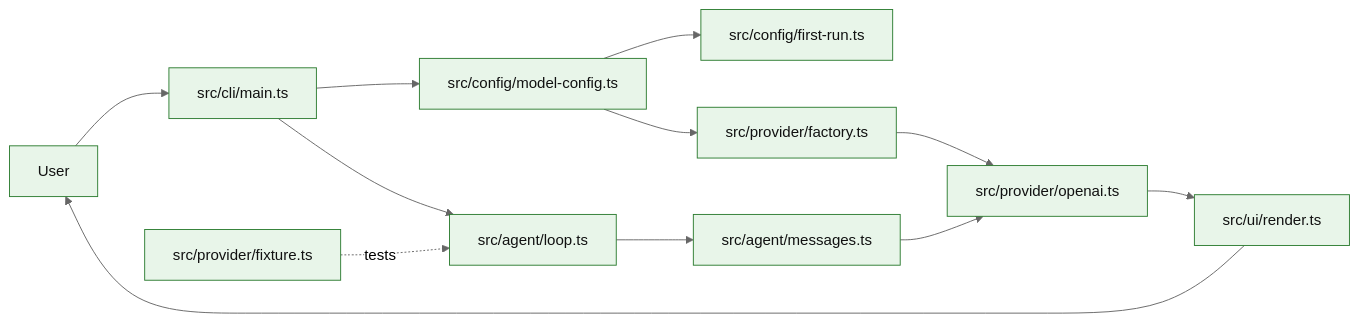
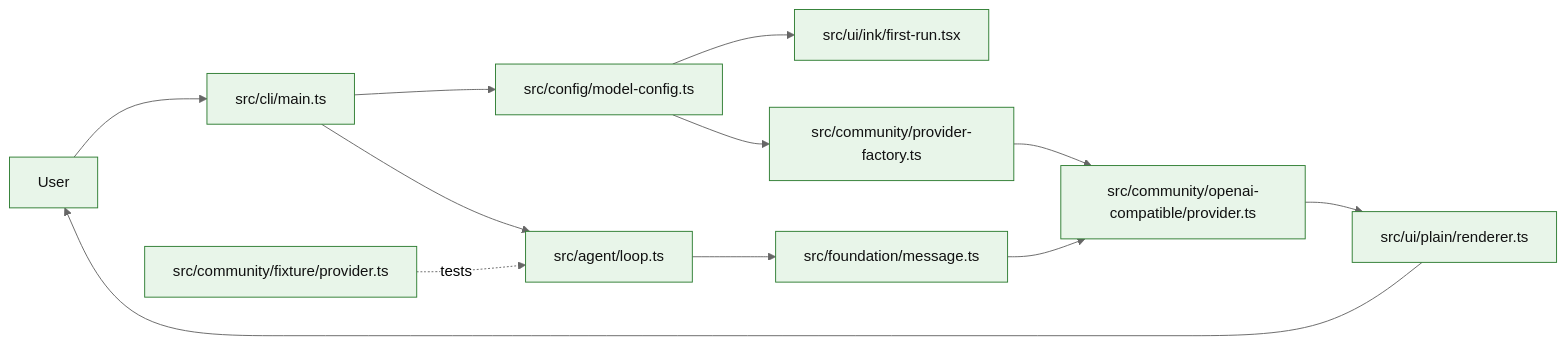
One commit to 1330482928/kai-code-agent changed the diagram in code-agent-roadmap/stages/stage-01-minimal-loop.md. Above: the diagram before and after it, drawn with Mermaid (neutral theme). The commit also changed other lines of this file and 41 other files, not shown here.

Commit message:
docs(roadmap): refresh staged agent roadmap

````diff
--- a/code-agent-roadmap/stages/stage-01-minimal-loop.md
+++ b/code-agent-roadmap/stages/stage-01-minimal-loop.md
@@ -58,17 +60,17 @@
 ```mermaid
 flowchart LR
   User["User"] --> CLI["src/cli/main.ts"]
   CLI --> Config["src/config/model-config.ts"]
-  Config --> Wizard["src/config/first-run.ts"]
-  Config --> Factory["src/provider/factory.ts"]
+  Config --> Wizard["src/ui/ink/first-run.tsx"]
+  Config --> Factory["src/community/provider-factory.ts"]
   CLI --> Loop["src/agent/loop.ts"]
-  Loop --> Msg["src/agent/messages.ts"]
-  Msg --> Provider["src/provider/openai.ts"]
+  Loop --> Msg["src/foundation/message.ts"]
+  Msg --> Provider["src/community/openai-compatible/provider.ts"]
   Factory --> Provider
-  Provider --> UI["src/ui/render.ts"]
+  Provider --> UI["src/ui/plain/renderer.ts"]
   UI --> User
-  Fixture["src/provider/fixture.ts"] -. tests .-> Loop
+  Fixture["src/community/fixture/provider.ts"] -. tests .-> Loop
 
   classDef new fill:#e8f5e9,stroke:#2e7d32,color:#111;
   class User,CLI,Config,Wizard,Factory,Loop,Msg,Provider,UI,Fixture new;
 ```
````
